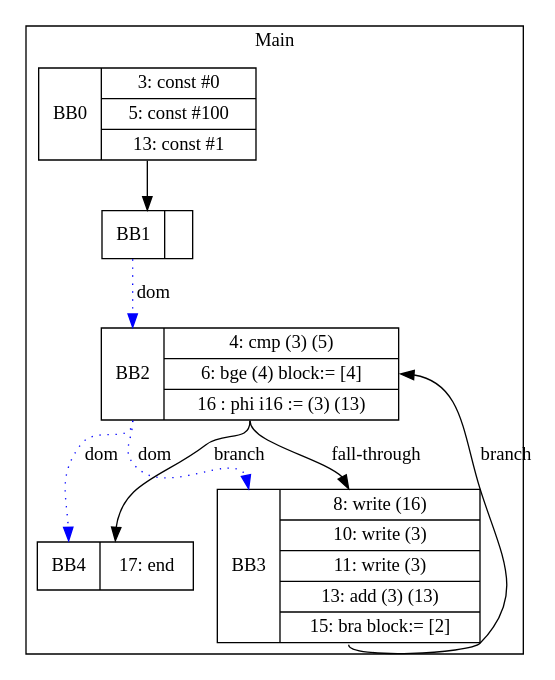
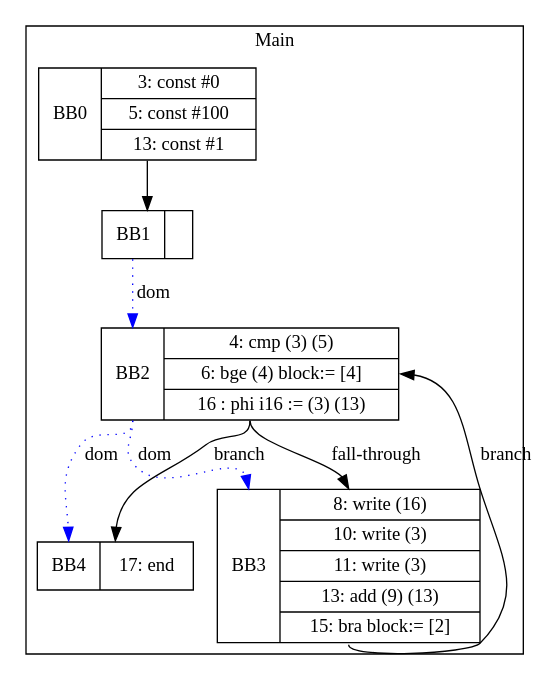
The diagram in visualization/phillip/copyPropagationWithLoopPhis/midBlockUpdate.gv (zjc664656505/UCI-CS241-Advanced-Compiler-main), drawn with Graphviz before and after one commit. The commit also changed 12 other files, not shown here.

```diff
--- a/visualization/phillip/copyPropagationWithLoopPhis/midBlockUpdate.gv
+++ b/visualization/phillip/copyPropagationWithLoopPhis/midBlockUpdate.gv
@@ -1,18 +1,18 @@
 digraph G {
 node [shape=record];
 subgraph cluster_main{
 label = "Main";
 BB0 [shape=record, label="<b>BB0|{3: const #0|5: const #100|13: const #1}"];
 BB1 [shape=record, label="<b>BB1|}"];
 BB2 [shape=record, label="<b>BB2|{4: cmp (3) (5)|6: bge (4) block:= [4]|16 : phi i16 := (3) (13)}"];
-BB3 [shape=record, label="<b>BB3|{8: write (16)|10: write (3)|11: write (3)|13: add (3) (13)|15: bra block:= [2]}"];
+BB3 [shape=record, label="<b>BB3|{8: write (16)|10: write (3)|11: write (3)|13: add (9) (13)|15: bra block:= [2]}"];
 BB4 [shape=record, label="<b>BB4|{17: end}"];
 }
 BB0:s -> BB1:n ;
 BB2:b -> BB3:b [color=blue, style=dotted, label="dom"];
 BB2:b -> BB4:b [color=blue, style=dotted, label="dom"];
 BB1:b -> BB2:b [color=blue, style=dotted, label="dom"];
 BB2:s -> BB4:n [label="branch"];
 BB3:s -> BB2:e [label="branch"];
 BB2:s -> BB3:n [label="fall-through"];
 }
```
